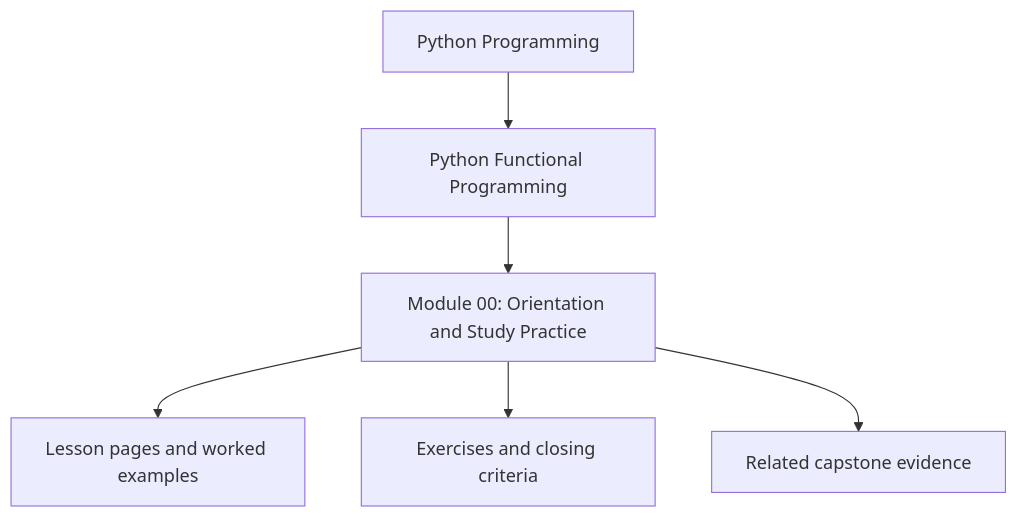
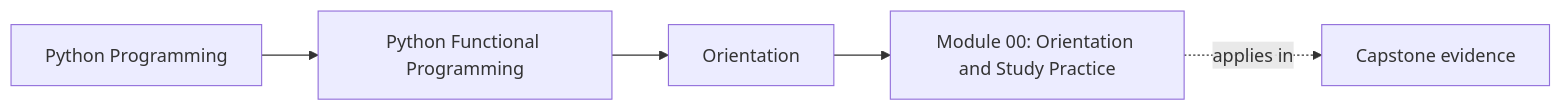
The first of 2 diagrams in programs/python-programming/python-functional-programming/course-book/module-00-orientation/index.md (bijux/bijux-masterclass), drawn with Mermaid before and after one commit. The commit also changed other lines of this file and 73 other files, not shown here.

Commit message:
docs(python-functional-programming): map orientation through streaming foundations

````diff
--- a/programs/python-programming/python-functional-programming/course-book/module-00-orientation/index.md
+++ b/programs/python-programming/python-functional-programming/course-book/module-00-orientation/index.md
@@ -7,8 +7,11 @@
 ```mermaid
-flowchart TD
-  family["Python Programming"] --> program["Python Functional Programming"]
-  program --> module["Module 00: Orientation and Study Practice"]
-  module --> lessons["Lesson pages and worked examples"]
-  module --> checkpoints["Exercises and closing criteria"]
-  module --> capstone["Related capstone evidence"]
+graph LR
+  family["Python Programming"]
+  program["Python Functional Programming"]
+  section["Orientation"]
+  page["Module 00: Orientation and Study Practice"]
+  capstone["Capstone evidence"]
+
+  family --> program --> section --> page
+  page -.applies in.-> capstone
 ```
````
